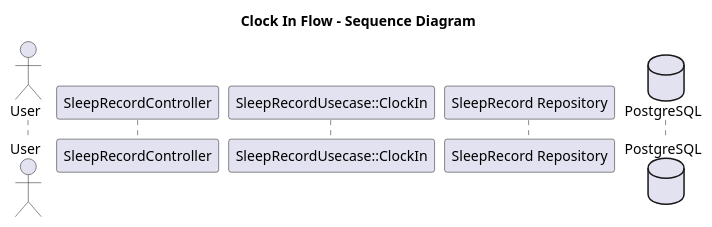
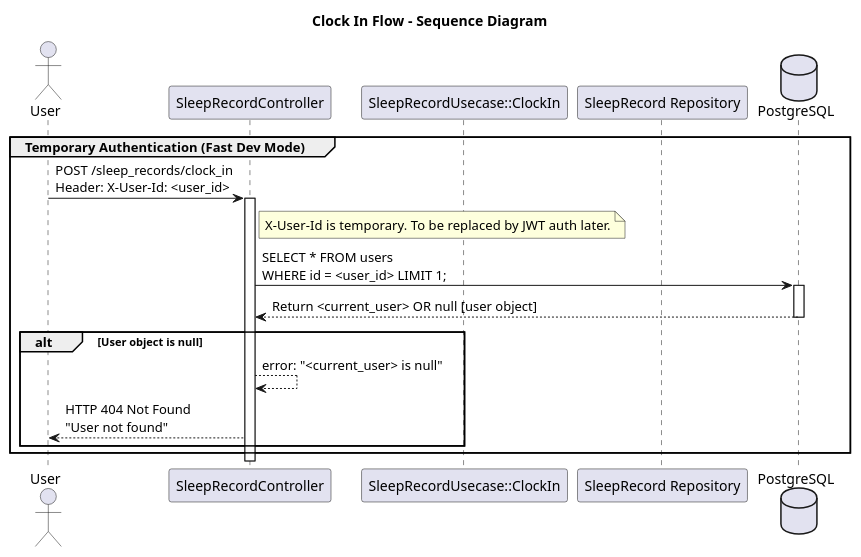
Before and after one commit to wisnuaga/good-night: the diagram in docs/diagram/ClockInFlow.plantuml, drawn with PlantUML.

Commit message:
clock-in: add authentication flow

```diff
--- a/docs/diagram/ClockInFlow.plantuml
+++ b/docs/diagram/ClockInFlow.plantuml
@@ -1,11 +1,33 @@
 @startuml ClockInFlow
 title Clock In Flow - Sequence Diagram
 
 ' Define actors and components
 actor User
 participant "SleepRecordController" as Controller
 participant "SleepRecordUsecase::ClockIn" as Usecase
 participant "SleepRecord Repository" as Repository
 database "PostgreSQL" as DB
 
+' Temporary auth via X-User-Id header (for fast development, to be replaced later)
+group Temporary Authentication (Fast Dev Mode)
+    User -> Controller: POST /sleep_records/clock_in\nHeader: X-User-Id: <user_id>
+    activate Controller
+
+    note right of Controller
+      X-User-Id is temporary. To be replaced by JWT auth later.
+    end note
+
+    Controller -> DB: SELECT * FROM users\nWHERE id = <user_id> LIMIT 1;
+    activate DB
+    DB --> Controller: Return <current_user> OR null [user object]
+    deactivate DB
+
+    alt User object is null
+        Controller --> Controller: error: "<current_user> is null"
+        Controller --> User: HTTP 404 Not Found\n"User not found"
+    end
+end group
+
+
+
 @enduml
```
